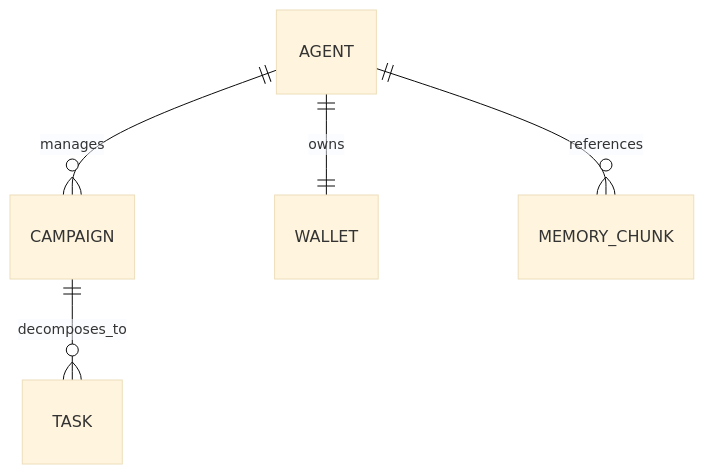
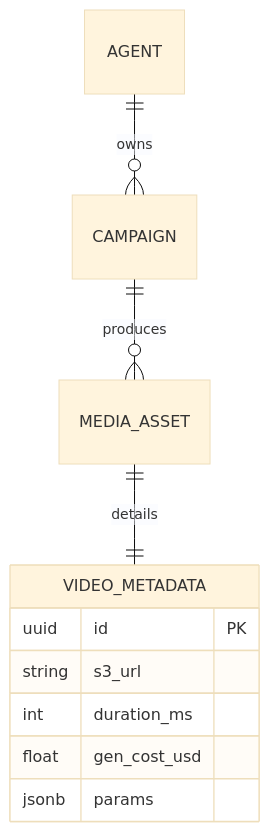
The diagram in specs/technical.md (Faysalseifu/project-chimera-factory), drawn with Mermaid (base theme) before and after one commit. The commit also changed other lines of this file and 8 other files, not shown here.

````diff
--- a/specs/technical.md
+++ b/specs/technical.md
@@ -38,7 +35,13 @@
 ```mermaid
 erDiagram
-  AGENT ||--o{ CAMPAIGN : manages
-  CAMPAIGN ||--o{ TASK : decomposes_to
-  AGENT ||--|| WALLET : owns
-  AGENT ||--o{ MEMORY_CHUNK : references
+    AGENT ||--o{ CAMPAIGN : owns
+    CAMPAIGN ||--o{ MEDIA_ASSET : produces
+    MEDIA_ASSET ||--|| VIDEO_METADATA : details
+    VIDEO_METADATA {
+        uuid id PK
+        string s3_url
+        int duration_ms
+        float gen_cost_usd
+        jsonb params
+    }
 ```
````
